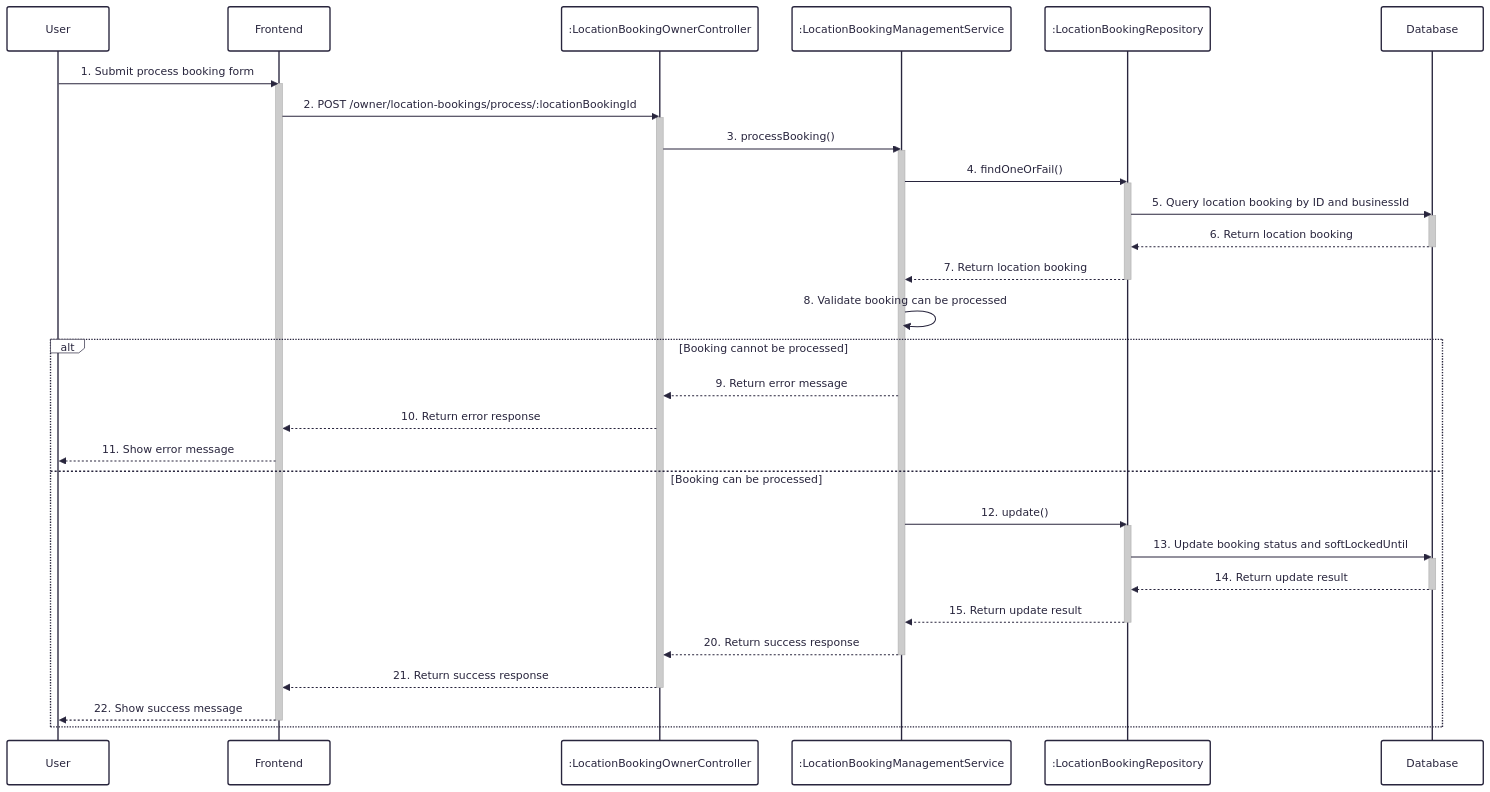
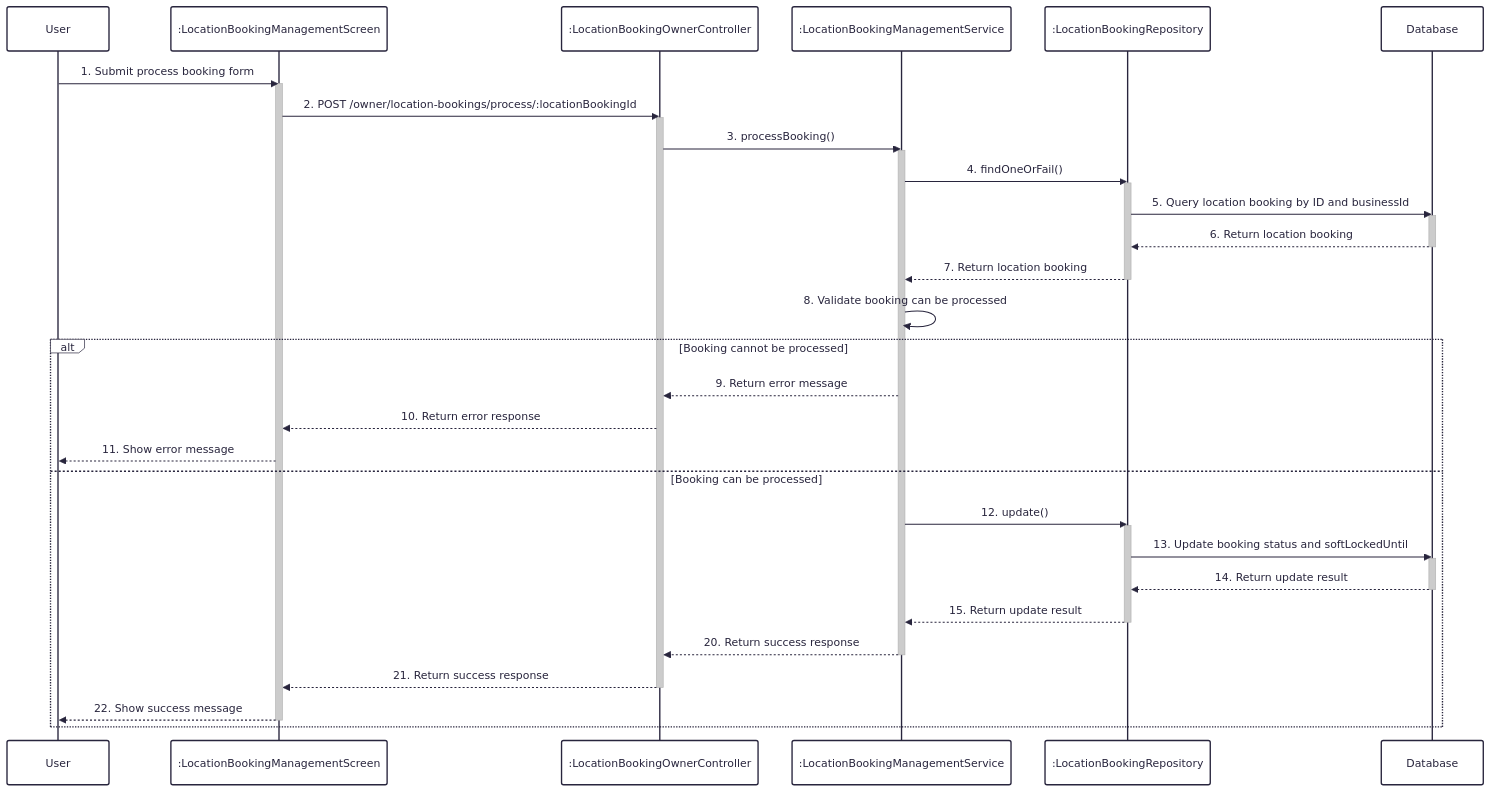
Before and after one commit to UrbanLens-2025/urban-lens_server: the diagram in docs/sequence/8-process-location-booking.md, drawn with Mermaid. The commit also changed other lines of this file and 19 other files, not shown here.

Commit message:
sequence diagram

````diff
--- a/docs/sequence/8-process-location-booking.md
+++ b/docs/sequence/8-process-location-booking.md
@@ -1,50 +1,50 @@
 ```mermaid
 ---
 config:
   theme: redux
   look: classic
 ---
 sequenceDiagram
     participant User
-    participant Frontend
+    participant LocationBookingManagementScreen as :LocationBookingManagementScreen
     participant LocationBookingOwnerController as :LocationBookingOwnerController
     participant LocationBookingManagementService as :LocationBookingManagementService
     participant LocationBookingRepository as :LocationBookingRepository
     participant Database
 
-    User->>Frontend: 1. Submit process booking form
-    activate Frontend
-    Frontend->>LocationBookingOwnerController: 2. POST /owner/location-bookings/process/:locationBookingId
+    User->>LocationBookingManagementScreen: 1. Submit process booking form
+    activate LocationBookingManagementScreen
+    LocationBookingManagementScreen->>LocationBookingOwnerController: 2. POST /owner/location-bookings/process/:locationBookingId
     activate LocationBookingOwnerController
     LocationBookingOwnerController->>LocationBookingManagementService: 3. processBooking()
     activate LocationBookingManagementService
     LocationBookingManagementService->>LocationBookingRepository: 4. findOneOrFail()
     activate LocationBookingRepository
     LocationBookingRepository->>Database: 5. Query location booking by ID and businessId
     activate Database
     Database-->>LocationBookingRepository: 6. Return location booking
     deactivate Database
     LocationBookingRepository-->>LocationBookingManagementService: 7. Return location booking
     deactivate LocationBookingRepository
     LocationBookingManagementService->>LocationBookingManagementService: 8. Validate booking can be processed
     alt Booking cannot be processed
         LocationBookingManagementService-->>LocationBookingOwnerController: 9. Return error message
-        LocationBookingOwnerController-->>Frontend: 10. Return error response
-        Frontend-->>User: 11. Show error message
+        LocationBookingOwnerController-->>LocationBookingManagementScreen: 10. Return error response
+        LocationBookingManagementScreen-->>User: 11. Show error message
     else Booking can be processed
         LocationBookingManagementService->>LocationBookingRepository: 12. update()
         activate LocationBookingRepository
         LocationBookingRepository->>Database: 13. Update booking status and softLockedUntil
         activate Database
         Database-->>LocationBookingRepository: 14. Return update result
         deactivate Database
         LocationBookingRepository-->>LocationBookingManagementService: 15. Return update result
         deactivate LocationBookingRepository
         LocationBookingManagementService-->>LocationBookingOwnerController: 20. Return success response
         deactivate LocationBookingManagementService
-        LocationBookingOwnerController-->>Frontend: 21. Return success response
+        LocationBookingOwnerController-->>LocationBookingManagementScreen: 21. Return success response
         deactivate LocationBookingOwnerController
-        Frontend-->>User: 22. Show success message
-        deactivate Frontend
+        LocationBookingManagementScreen-->>User: 22. Show success message
+        deactivate LocationBookingManagementScreen
     end
 ```
````
